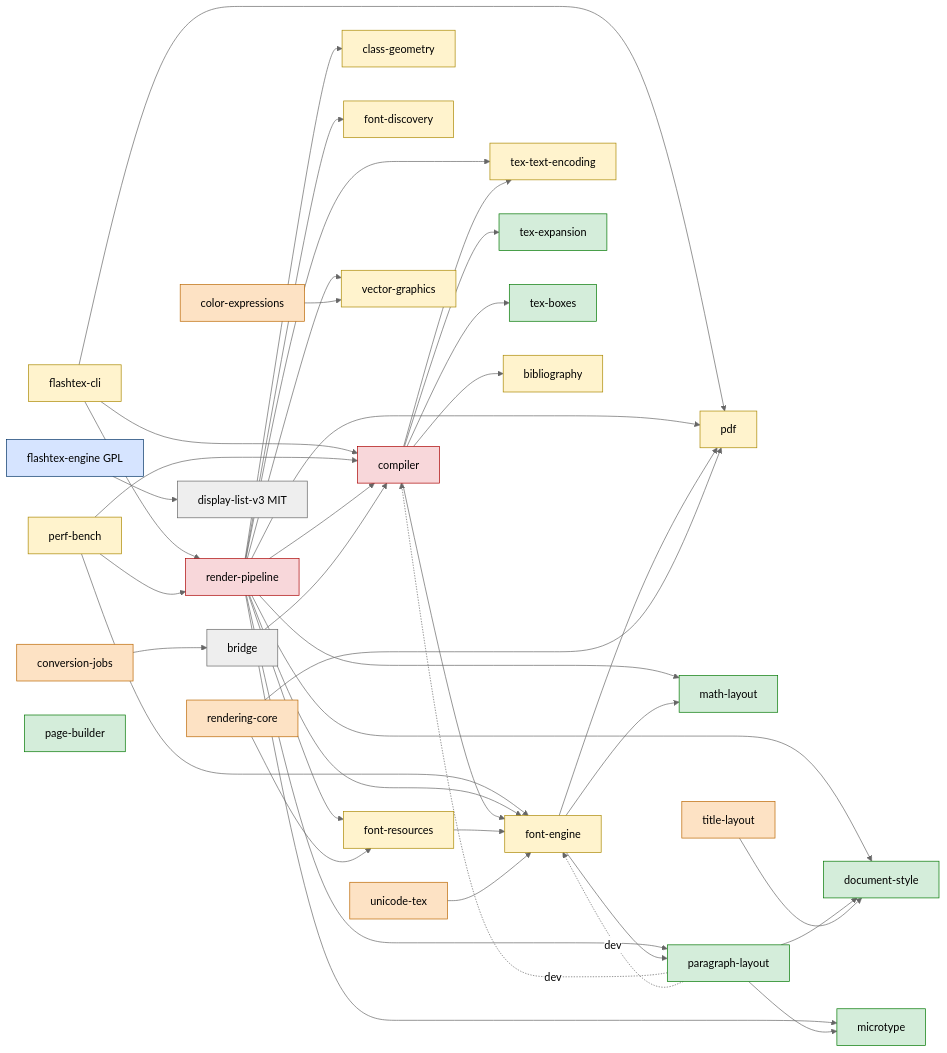
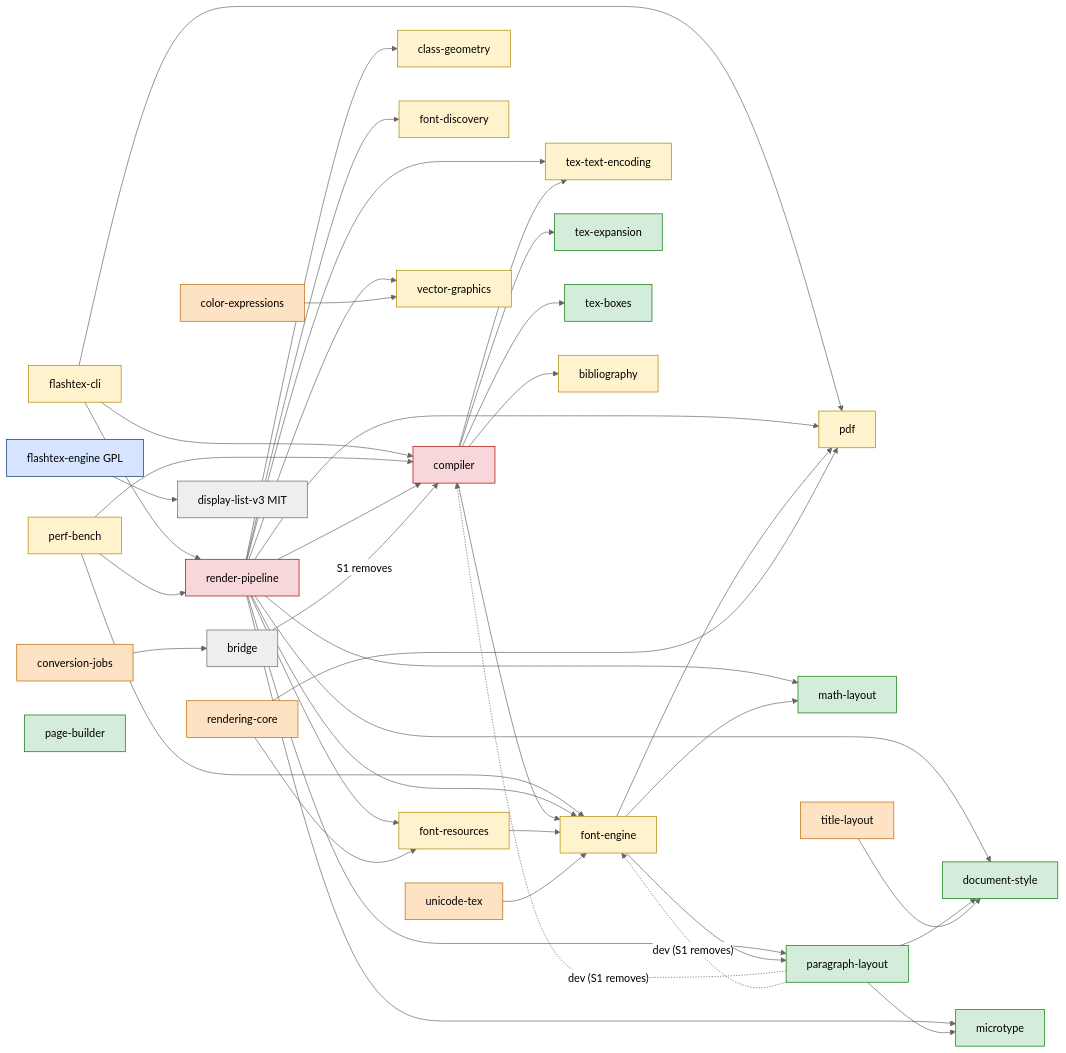
One commit to flash-tex/flashtex changed the diagram in docs/design/engine-v2/retirement-plan.md. Above: the diagram before and after it, drawn with Mermaid (neutral theme). The commit also changed other lines of this file and 1 other file, not shown here.

````diff
--- a/docs/design/engine-v2/retirement-plan.md
+++ b/docs/design/engine-v2/retirement-plan.md
@@ -241,50 +328,50 @@
 ```mermaid
 graph LR
   classDef retire fill:#f8d7da,stroke:#a00
   classDef unused fill:#fde2c4,stroke:#b60
   classDef orphan fill:#fff3cd,stroke:#a80
   classDef kept fill:#d4edda,stroke:#070
   classDef gpl fill:#d6e4ff,stroke:#036
   classDef prod fill:#eee,stroke:#666
 
   cli[flashtex-cli]:::orphan --> rp[render-pipeline]:::retire
   cli --> comp[compiler]:::retire
   cli --> pdf[pdf]:::orphan
   pb[perf-bench]:::orphan --> rp
   pb --> comp
   pb --> fe[font-engine]:::orphan
   rp --> comp
   rp --> cg[class-geometry]:::orphan
   rp --> fd[font-discovery]:::orphan
   rp --> fr[font-resources]:::orphan
   rp --> vg[vector-graphics]:::orphan
   rp --> tte[tex-text-encoding]:::orphan
   rp --> fe
   rp --> pdf
   rp --> ml[math-layout]:::kept
   rp --> pl[paragraph-layout]:::kept
   rp --> ds[document-style]:::kept
   rp --> mt[microtype]:::kept
   comp --> te[tex-expansion]:::kept
   comp --> tb[tex-boxes]:::kept
   comp --> bib[bibliography]:::orphan
   comp --> tte
   comp --> fe
-  pl -. dev .-> comp
-  pl -. dev .-> fe
+  pl -. "dev (S1 removes)" .-> comp
+  pl -. "dev (S1 removes)" .-> fe
   pl --> ds
   pl --> mt
   fe --> ml
   fe --> pl
   fe --> pdf
   fr --> fe
   rc[rendering-core]:::unused --> fr
   rc --> pdf
   ut[unicode-tex]:::unused --> fe
   ce[color-expressions]:::unused --> vg
   tl[title-layout]:::unused --> ds
-  br[bridge]:::prod --> comp
+  br[bridge]:::prod -- "S1 removes" --> comp
   cj[conversion-jobs]:::unused --> br
   eng[flashtex-engine GPL]:::gpl --> dl3[display-list-v3 MIT]:::prod
   pgb[page-builder]:::kept
 ```
````
